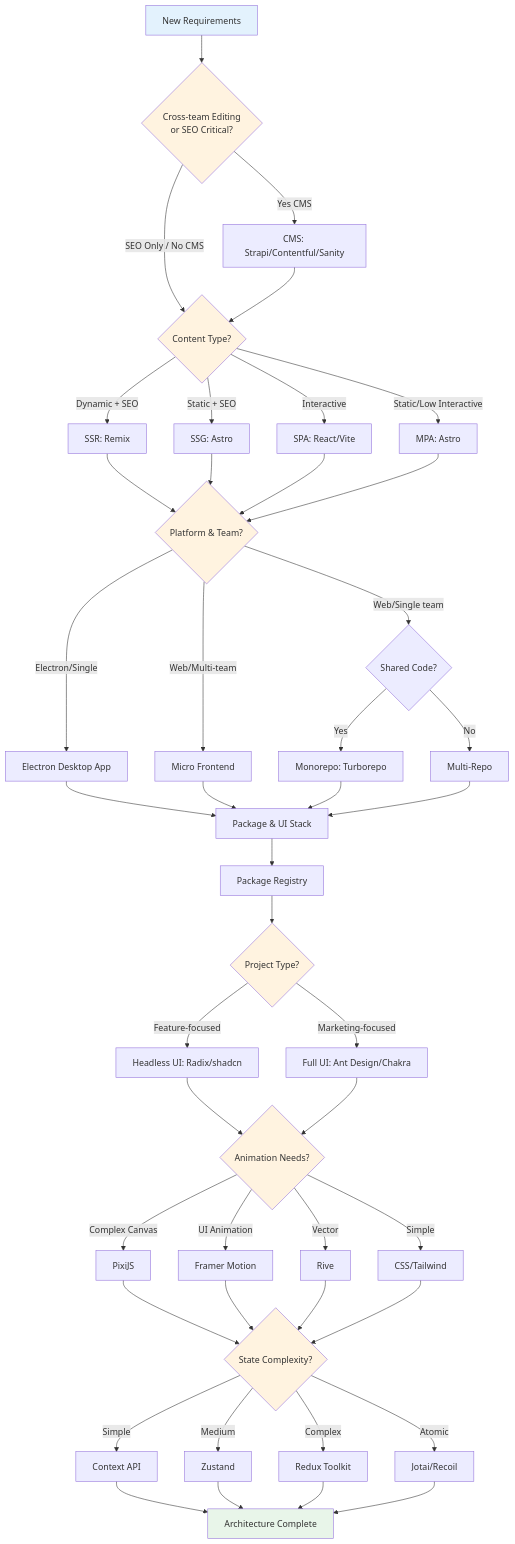
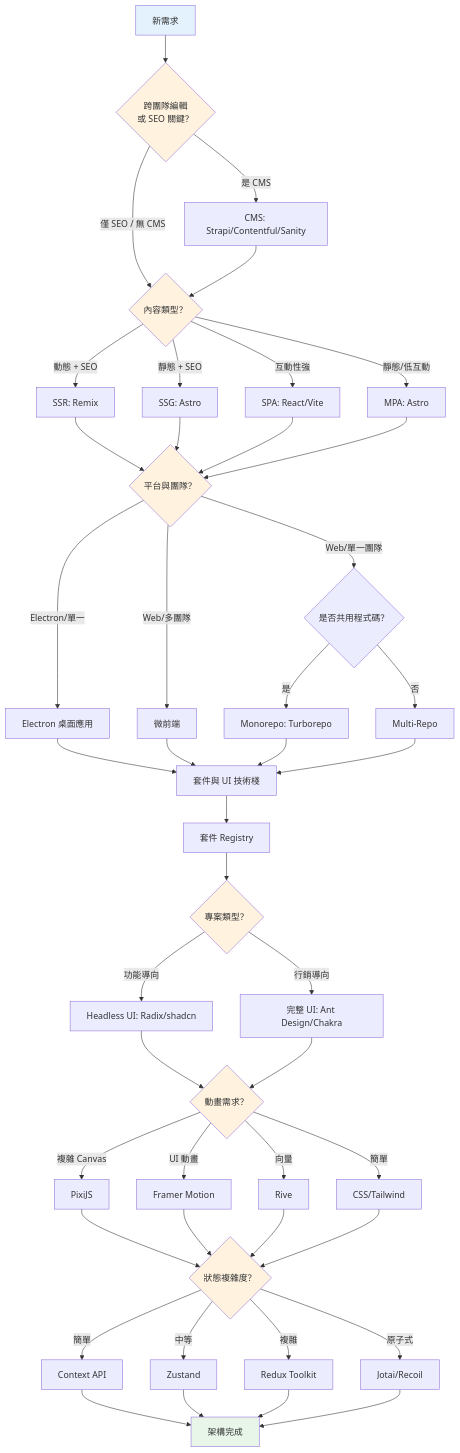
The first of 2 diagrams in content/Software development process/3-1 Frontend System Design.md (kero13ro/Code-Beyond), drawn with Mermaid before and after one commit. The commit also changed other lines of this file and 42 other files, not shown here.

````diff
--- a/content/Software development process/3-1 Frontend System Design.md
+++ b/content/Software development process/3-1 Frontend System Design.md
@@ -8,68 +15,68 @@
 ```mermaid
 graph TD
-    Start[New Requirements] --> NFRCheck{Cross-team Editing<br/>or SEO Critical?}
+    Start[新需求] --> NFRCheck{跨團隊編輯<br/>或 SEO 關鍵？}
 
-    NFRCheck -->|Yes CMS| CMSChoice[CMS: Strapi/Contentful/Sanity]
-    NFRCheck -->|SEO Only / No CMS| ContentCheck{Content Type?}
+    NFRCheck -->|是 CMS| CMSChoice[CMS: Strapi/Contentful/Sanity]
+    NFRCheck -->|僅 SEO / 無 CMS| ContentCheck{內容類型？}
     CMSChoice --> ContentCheck
 
-    ContentCheck -->|Dynamic + SEO| SSR[SSR: Remix]
-    ContentCheck -->|Static + SEO| SSG[SSG: Astro]
-    ContentCheck -->|Interactive| SPA[SPA: React/Vite]
-    ContentCheck -->|Static/Low Interactive| MPA[MPA: Astro]
+    ContentCheck -->|動態 + SEO| SSR[SSR: Remix]
+    ContentCheck -->|靜態 + SEO| SSG[SSG: Astro]
+    ContentCheck -->|互動性強| SPA[SPA: React/Vite]
+    ContentCheck -->|靜態/低互動| MPA[MPA: Astro]
 
-    SSR --> PlatformTeamCheck{Platform & Team?}
+    SSR --> PlatformTeamCheck{平台與團隊？}
     SSG --> PlatformTeamCheck
     SPA --> PlatformTeamCheck
     MPA --> PlatformTeamCheck
 
-    PlatformTeamCheck -->|Electron/Single| Electron[Electron Desktop App]
-    PlatformTeamCheck -->|Web/Multi-team| MicroFrontend[Micro Frontend]
-    PlatformTeamCheck -->|Web/Single team| MonorepoCheck{Shared Code?}
+    PlatformTeamCheck -->|Electron/單一| Electron[Electron 桌面應用]
+    PlatformTeamCheck -->|Web/多團隊| MicroFrontend[微前端]
+    PlatformTeamCheck -->|Web/單一團隊| MonorepoCheck{是否共用程式碼？}
 
-    Electron --> PackageUI[Package & UI Stack]
+    Electron --> PackageUI[套件與 UI 技術棧]
     MicroFrontend --> PackageUI
-    MonorepoCheck -->|Yes| Monorepo[Monorepo: Turborepo]
-    MonorepoCheck -->|No| MultiRepo[Multi-Repo]
+    MonorepoCheck -->|是| Monorepo[Monorepo: Turborepo]
+    MonorepoCheck -->|否| MultiRepo[Multi-Repo]
 
     Monorepo --> PackageUI
     MultiRepo --> PackageUI
 
-    PackageUI --> Registry[Package Registry]
-    Registry --> ProjectType{Project Type?}
+    PackageUI --> Registry[套件 Registry]
+    Registry --> ProjectType{專案類型？}
 
-    ProjectType -->|Feature-focused| FeatureUI[Headless UI: Radix/shadcn]
-    ProjectType -->|Marketing-focused| MarketingUI[Full UI: Ant Design/Chakra]
+    ProjectType -->|功能導向| FeatureUI[Headless UI: Radix/shadcn]
+    ProjectType -->|行銷導向| MarketingUI[完整 UI: Ant Design/Chakra]
 
-    FeatureUI --> AnimationCheck{Animation Needs?}
+    FeatureUI --> AnimationCheck{動畫需求？}
     MarketingUI --> AnimationCheck
 
-    AnimationCheck -->|Complex Canvas| PixiJS[PixiJS]
-    AnimationCheck -->|UI Animation| Framer[Framer Motion]
-    AnimationCheck -->|Vector| Rive[Rive]
-    AnimationCheck -->|Simple| CSS[CSS/Tailwind]
+    AnimationCheck -->|複雜 Canvas| PixiJS[PixiJS]
+    AnimationCheck -->|UI 動畫| Framer[Framer Motion]
+    AnimationCheck -->|向量| Rive[Rive]
+    AnimationCheck -->|簡單| CSS[CSS/Tailwind]
 
-    PixiJS --> StateCheck{State Complexity?}
+    PixiJS --> StateCheck{狀態複雜度？}
     Framer --> StateCheck
     Rive --> StateCheck
     CSS --> StateCheck
 
-    StateCheck -->|Simple| Context[Context API]
-    StateCheck -->|Medium| Zustand[Zustand]
-    StateCheck -->|Complex| Redux[Redux Toolkit]
-    StateCheck -->|Atomic| Jotai[Jotai/Recoil]
+    StateCheck -->|簡單| Context[Context API]
+    StateCheck -->|中等| Zustand[Zustand]
+    StateCheck -->|複雜| Redux[Redux Toolkit]
+    StateCheck -->|原子式| Jotai[Jotai/Recoil]
 
-    Context --> Complete[Architecture Complete]
+    Context --> Complete[架構完成]
     Zustand --> Complete
     Redux --> Complete
     Jotai --> Complete
 
     style Start fill:#e3f2fd
     style Complete fill:#e8f5e9
     style NFRCheck fill:#fff3e0
     style ContentCheck fill:#fff3e0
     style PlatformTeamCheck fill:#fff3e0
     style ProjectType fill:#fff3e0
     style AnimationCheck fill:#fff3e0
     style StateCheck fill:#fff3e0
 ```
````
